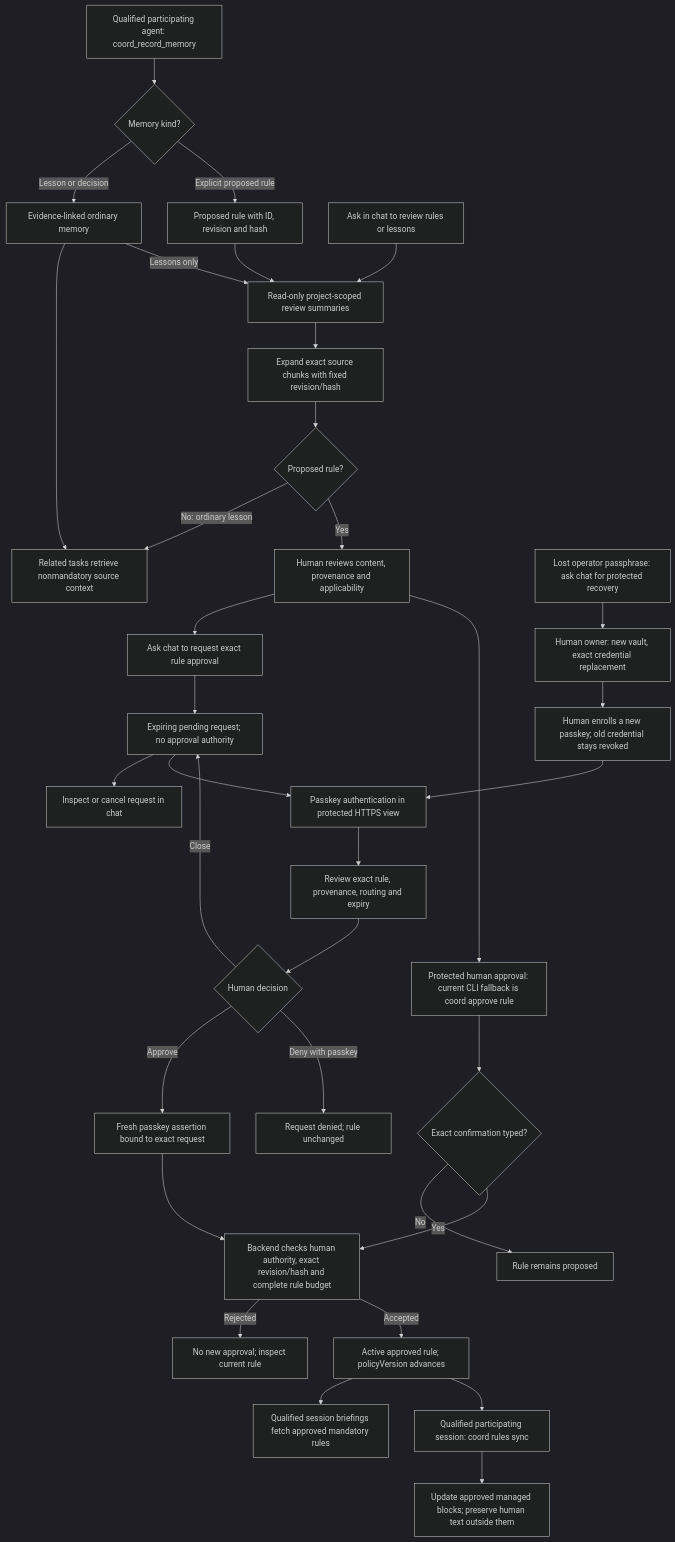
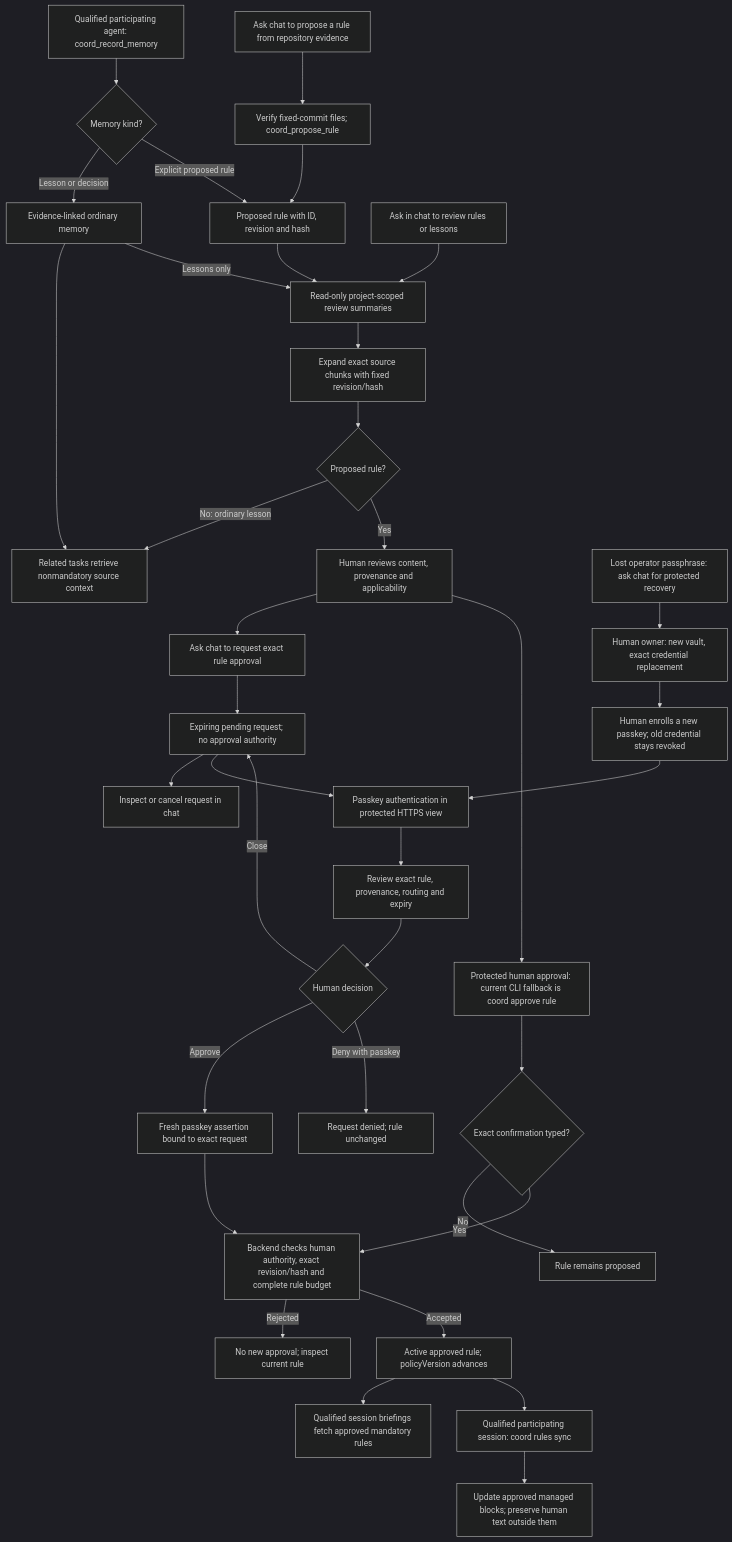
The diagram in README.md (johntimothybailey/coord), drawn with Mermaid (dark theme) before and after one commit. The commit also changed other lines of this file and 13 other files, not shown here.

````diff
--- a/README.md
+++ b/README.md
@@ -39,36 +39,38 @@
 ```mermaid
 flowchart TD
     A["Qualified participating agent: coord_record_memory"] --> K{"Memory kind?"}
     K -->|Lesson or decision| L["Evidence-linked ordinary memory"]
     L --> C["Related tasks retrieve nonmandatory source context"]
     K -->|Explicit proposed rule| P["Proposed rule with ID, revision and hash"]
+    NP["Ask chat to propose a rule from repository evidence"] --> RP["Verify fixed-commit files; coord_propose_rule"]
+    RP --> P
     Q["Ask in chat to review rules or lessons"] --> V["Read-only project-scoped review summaries"]
     P --> V
     L -->|Lessons only| V
     V --> X["Expand exact source chunks with fixed revision/hash"]
     X --> J{"Proposed rule?"}
     J -->|No: ordinary lesson| C
     J -->|Yes| H["Human reviews content, provenance and applicability"]
     H --> AR["Ask chat to request exact rule approval"]
     AR --> RQ["Expiring pending request; no approval authority"]
     RQ --> SC["Inspect or cancel request in chat"]
     RQ --> AA["Passkey authentication in protected HTTPS view"]
     O["Lost operator passphrase: ask chat for protected recovery"] --> OO["Human owner: new vault, exact credential replacement"]
     OO --> EN["Human enrolls a new passkey; old credential stays revoked"]
     EN --> AA
     AA --> RV["Review exact rule, provenance, routing and expiry"]
     RV --> HD{"Human decision"}
     HD -->|Approve| PV["Fresh passkey assertion bound to exact request"]
     PV --> B
     HD -->|Deny with passkey| DN["Request denied; rule unchanged"]
     HD -->|Close| RQ
     H --> T["Protected human approval: current CLI fallback is coord approve rule"]
     T --> D{"Exact confirmation typed?"}
     D -->|No| N["Rule remains proposed"]
     D -->|Yes| B["Backend checks human authority, exact revision/hash and complete rule budget"]
     B -->|Rejected| E["No new approval; inspect current rule"]
     B -->|Accepted| R["Active approved rule; policyVersion advances"]
     R --> F["Qualified session briefings fetch approved mandatory rules"]
     R --> S["Qualified participating session: coord rules sync"]
     S --> W["Update approved managed blocks; preserve human text outside them"]
 ```
````
